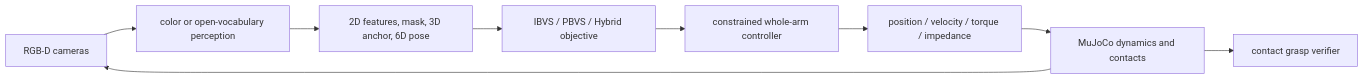
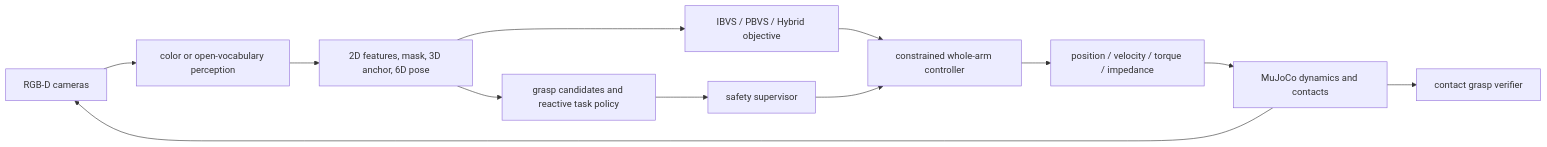
The diagram in README.md (MengyangGao/visual_servo_tracking), drawn with Mermaid before and after one commit. The commit also changed other lines of this file and 26 other files, not shown here.

````diff
--- a/README.md
+++ b/README.md
@@ -119,11 +142,14 @@
 ```mermaid
 flowchart LR
   RGBD["RGB-D cameras"] --> P["color or open-vocabulary perception"]
   P --> F["2D features, mask, 3D anchor, 6D pose"]
   F --> V["IBVS / PBVS / Hybrid objective"]
+  F --> S["grasp candidates and reactive task policy"]
+  S --> Q["safety supervisor"]
   V --> C["constrained whole-arm controller"]
+  Q --> C
   C --> A["position / velocity / torque / impedance"]
   A --> M["MuJoCo dynamics and contacts"]
   M --> RGBD
   M --> G["contact grasp verifier"]
 ```
````
